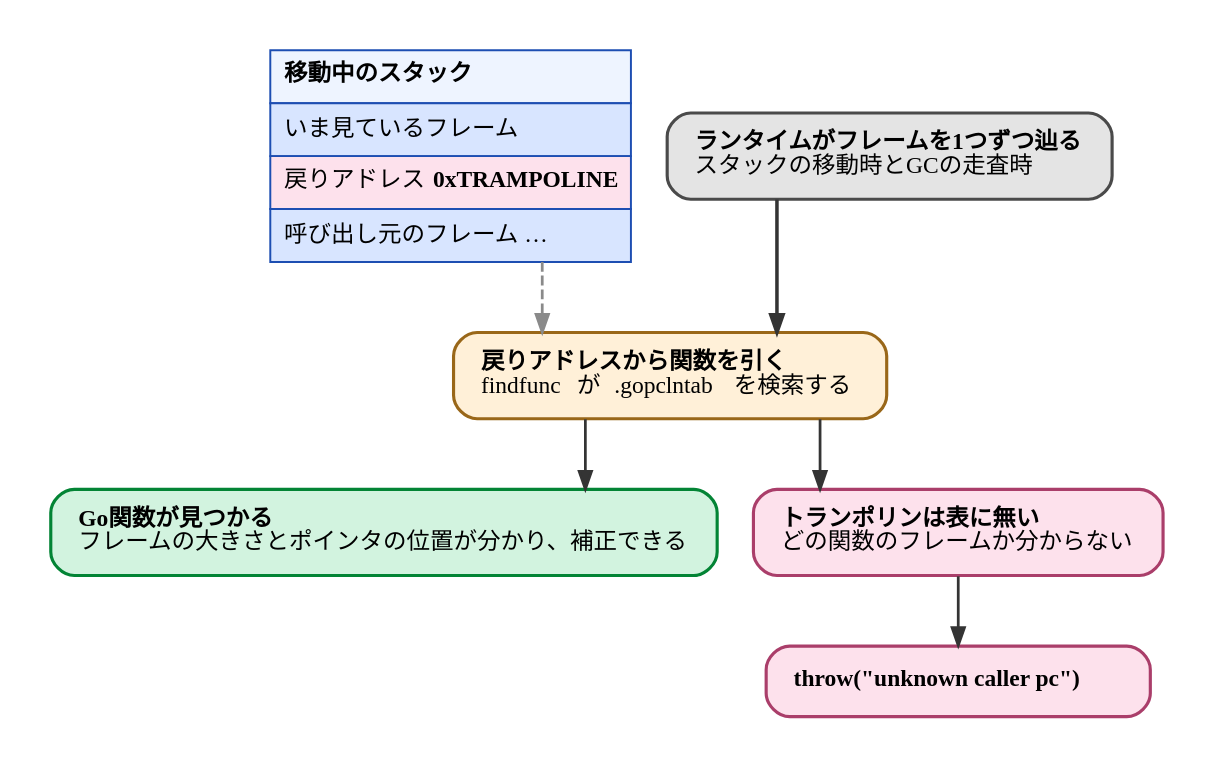
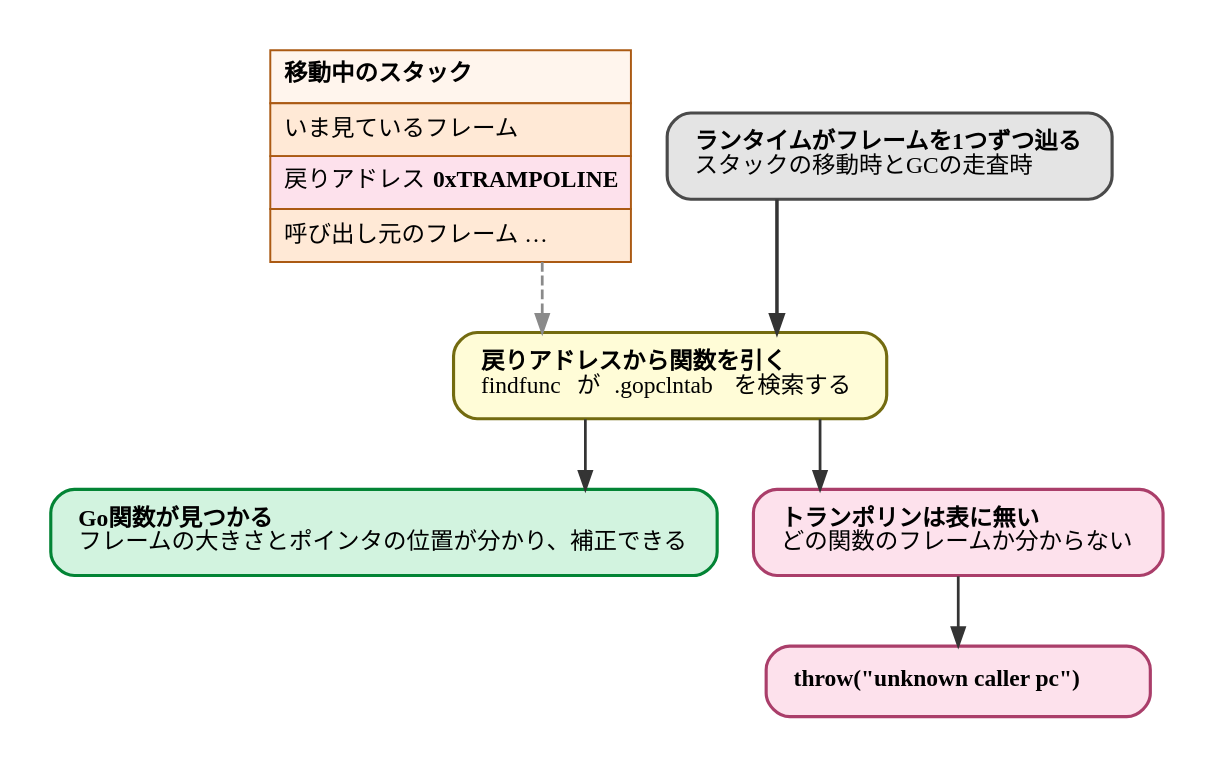
Before and after one commit to ymotongpoo/zenn.dev: the diagram in diagrams/go-ebpf-primer/20260820-unwind-failure.dot, drawn with Graphviz. The commit also changed 109 other files, not shown here.

First line of the commit message:
change(go-ebpf-primer): 図の主系列/ストレージ/補助カテゴリをPrimary/Secondary色に再調整

```diff
--- a/diagrams/go-ebpf-primer/20260820-unwind-failure.dot
+++ b/diagrams/go-ebpf-primer/20260820-unwind-failure.dot
@@ -1,49 +1,49 @@
 // 戻りアドレスから関数を引けないと、スタックを辿れない
 digraph unwind_failure {
   graph [
     rankdir=TB, splines=ortho,
     fontname="IBM Plex Sans JP", fontsize=13,
     bgcolor="white", pad=0.25
   ];
   node [
     fontname="IBM Plex Sans JP", fontsize=12,
     shape=box, style="rounded,filled",
     fillcolor="#F1F1F1", color="#4A4A4A", penwidth=1.6,
     margin="0.2,0.14"
   ];
   edge [
     fontname="IBM Plex Sans JP", fontsize=11,
     color="#343434", penwidth=1.4, arrowsize=0.9,
     fontcolor="#171717"
   ];
 
   stack [shape=plain, style="", label=<
-    <table border="0" cellborder="1" cellspacing="0" cellpadding="6" color="#1D4EB2">
-      <tr><td align="left" bgcolor="#EEF4FF"><b>移動中のスタック</b></td></tr>
-      <tr><td align="left" bgcolor="#D8E5FF">いま見ているフレーム</td></tr>
+    <table border="0" cellborder="1" cellspacing="0" cellpadding="6" color="#AB5A13">
+      <tr><td align="left" bgcolor="#FFF5ED"><b>移動中のスタック</b></td></tr>
+      <tr><td align="left" bgcolor="#FFE9D6">いま見ているフレーム</td></tr>
       <tr><td align="left" bgcolor="#FDE1EC" port="ra">戻りアドレス <font face="JetBrains Mono"><b>0xTRAMPOLINE</b></font></td></tr>
-      <tr><td align="left" bgcolor="#D8E5FF">呼び出し元のフレーム …</td></tr>
+      <tr><td align="left" bgcolor="#FFE9D6">呼び出し元のフレーム …</td></tr>
     </table>>];
 
   walk [label=<<b>ランタイムがフレームを1つずつ辿る</b><br align="left"/>スタックの移動時とGCの走査時<br align="left"/>>,
         fillcolor="#E4E4E4"];
 
   lookup [label=<<b>戻りアドレスから関数を引く</b><br align="left"/><font face="JetBrains Mono">findfunc</font> が <font face="JetBrains Mono">.gopclntab</font> を検索する<br align="left"/>>,
-          fillcolor="#FFF0D8", color="#996719"];
+          fillcolor="#FFFCD7", color="#736B10"];
 
   ok [label=<<b>Go関数が見つかる</b><br align="left"/>フレームの大きさとポインタの位置が分かり、補正できる<br align="left"/>>,
       fillcolor="#D2F3DF", color="#038435"];
   ng [label=<<b>トランポリンは表に無い</b><br align="left"/>どの関数のフレームか分からない<br align="left"/>>,
       fillcolor="#FDE1EC", color="#AA3E6A"];
 
   crash [label=<<font face="JetBrains Mono"><b>throw("unknown caller pc")</b></font>>, fillcolor="#FDE1EC", color="#AA3E6A"];
 
   walk -> lookup [penwidth=1.8];
   stack -> lookup [style=dashed, color="#8A8A8A"];
   lookup -> ok;
   lookup -> ng;
   ng -> crash;
 
   { rank=same; walk; stack; }
   { rank=same; ok; ng; }
 }
```
